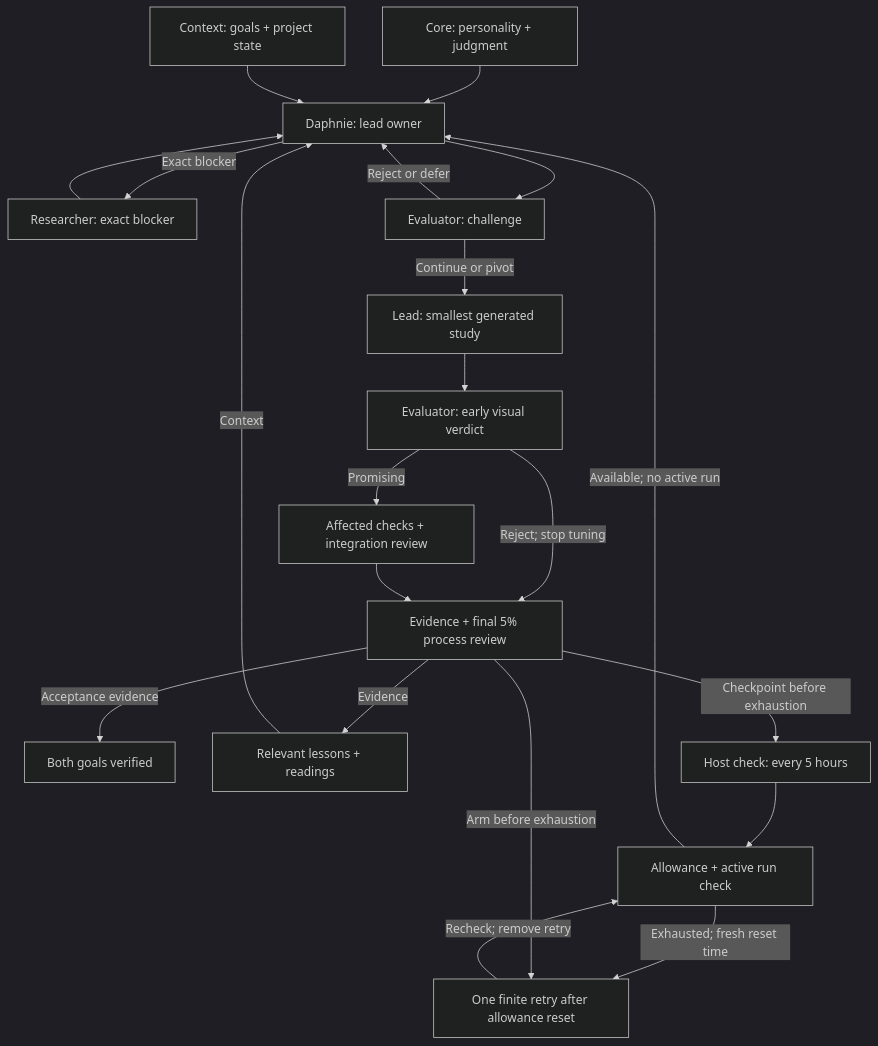
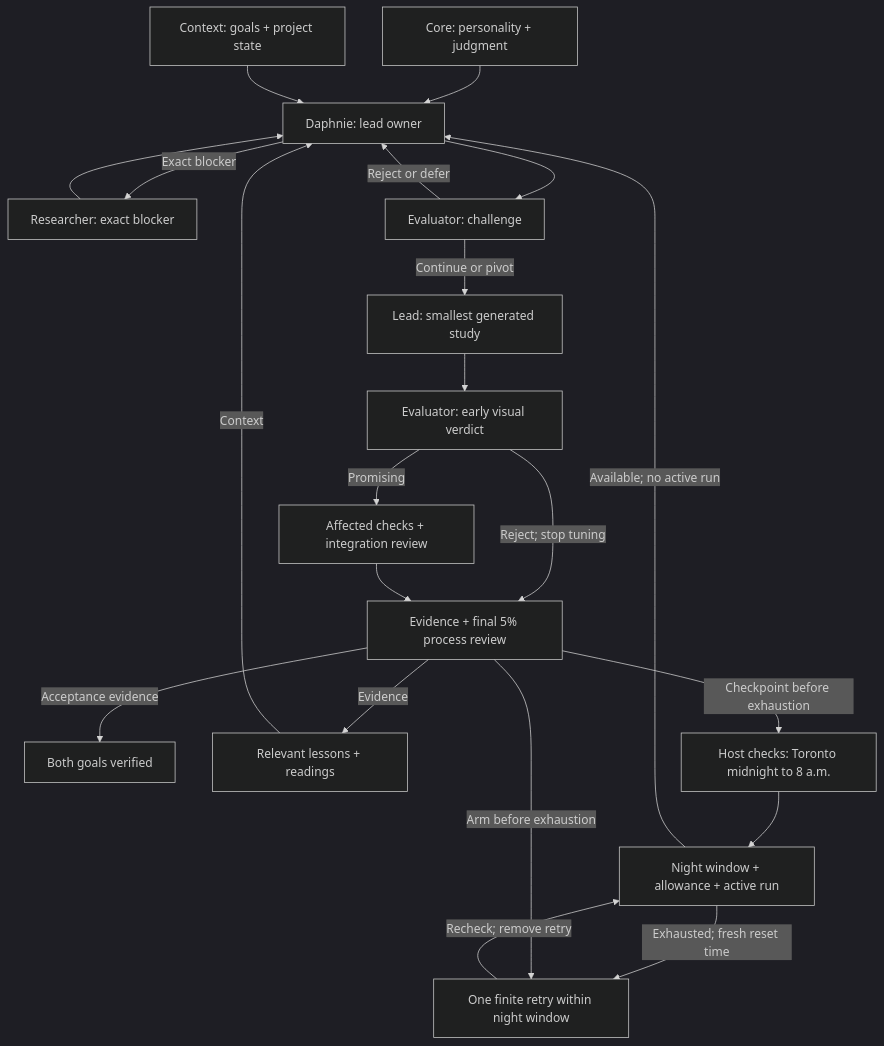
Before and after one commit to akaiyol/the-great-wave-of-kanagawa: the diagram in README.md, drawn with Mermaid (dark theme). The commit also changed other lines of this file and 14 other files, not shown here.

````diff
--- a/README.md
+++ b/README.md
@@ -18,37 +18,37 @@
 ```mermaid
 flowchart TD
   n_Core["Core: personality + judgment"]
   n_Goals["Context: goals + project state"]
   n_Lead["Daphnie: lead owner"]
   n_Research["Researcher: exact blocker"]
   n_Strategy["Evaluator: challenge"]
   n_Build["Lead: smallest generated study"]
   n_Visual["Evaluator: early visual verdict"]
   n_Process["Evidence + final 5% process review"]
   n_Integrity["Affected checks + integration review"]
   n_Result["Both goals verified"]
   n_Learning["Relevant lessons + readings"]
-  n_Runtime["Host check: every 5 hours"]
-  n_Checkpoint["Allowance + active run check"]
-  n_ResetRetry["One finite retry after allowance reset"]
+  n_Runtime["Host checks: Toronto midnight to 8 a.m."]
+  n_Checkpoint["Night window + allowance + active run"]
+  n_ResetRetry["One finite retry within night window"]
   n_Core --> n_Lead
   n_Goals --> n_Lead
   n_Lead -->|"Exact blocker"| n_Research
   n_Research --> n_Lead
   n_Lead --> n_Strategy
   n_Strategy -->|"Continue or pivot"| n_Build
   n_Strategy -->|"Reject or defer"| n_Lead
   n_Build --> n_Visual
   n_Process -->|"Evidence"| n_Learning
   n_Process -->|"Acceptance evidence"| n_Result
   n_Learning -->|"Context"| n_Lead
   n_Visual -->|"Promising"| n_Integrity
   n_Visual -->|"Reject; stop tuning"| n_Process
   n_Integrity --> n_Process
   n_Runtime --> n_Checkpoint
   n_Checkpoint -->|"Available; no active run"| n_Lead
   n_Process -->|"Checkpoint before exhaustion"| n_Runtime
   n_Checkpoint -->|"Exhausted; fresh reset time"| n_ResetRetry
   n_Process -->|"Arm before exhaustion"| n_ResetRetry
   n_ResetRetry -->|"Recheck; remove retry"| n_Checkpoint
 ```
````
